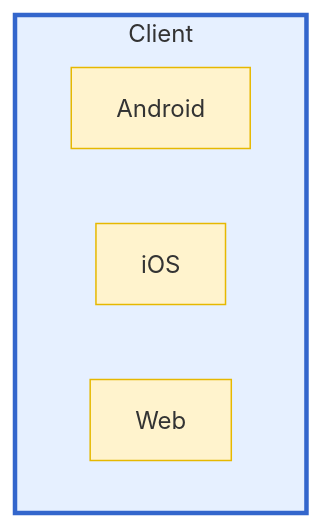
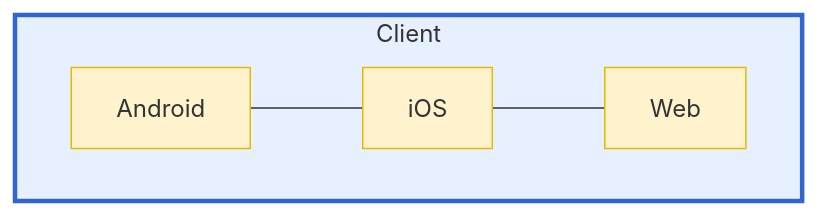
One commit to KmnPetr/SysDesign changed the diagram in architecture.md. Above: the diagram before and after it, drawn with Mermaid.

````diff
--- a/architecture.md
+++ b/architecture.md
@@ -3,14 +3,17 @@
 ```mermaid
 graph LR
     subgraph CLIENT["Client"]
         direction LR
         ANDROID[Android]
         IOS[iOS]
         WEB[Web]
+
+        ANDROID --- IOS
+        IOS --- WEB
     end
 
     style CLIENT fill:#e6f0ff,stroke:#3366cc,stroke-width:3px
     style ANDROID fill:#fff3cd,stroke:#e6b800,stroke-width:1px
     style IOS fill:#fff3cd,stroke:#e6b800,stroke-width:1px
     style WEB fill:#fff3cd,stroke:#e6b800,stroke-width:1px
 ```
````
